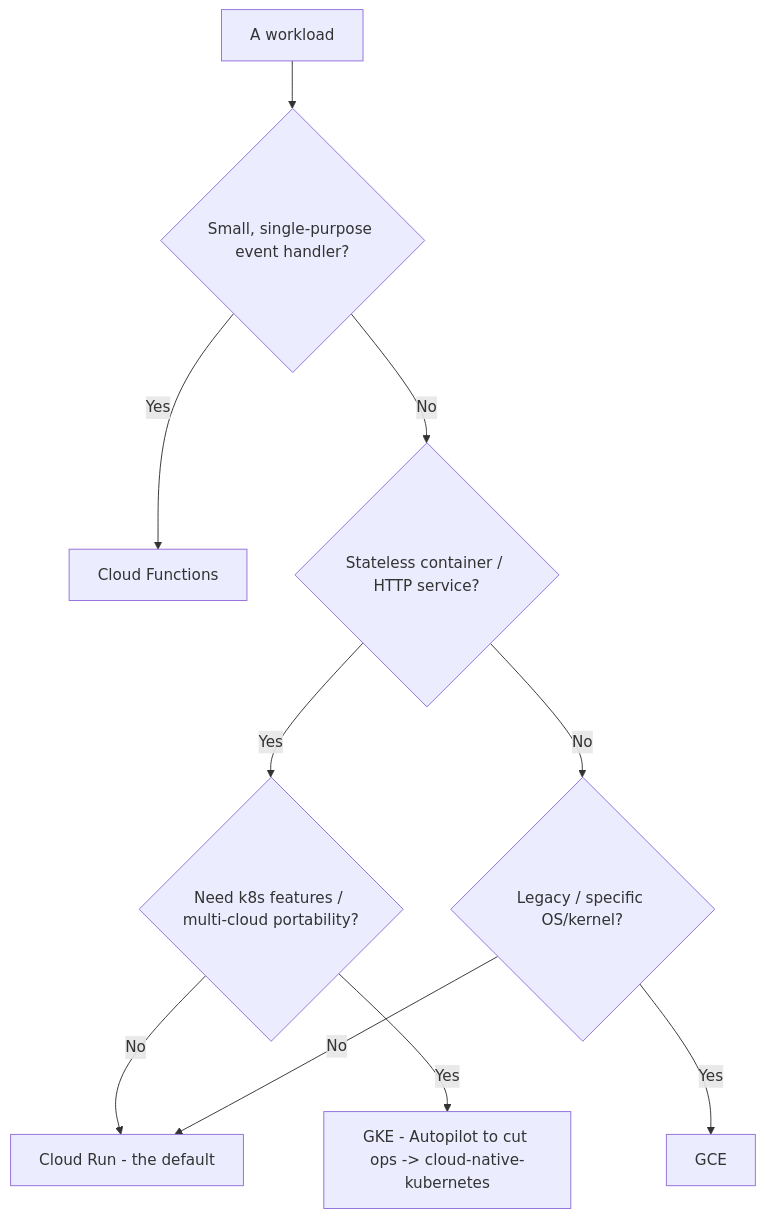
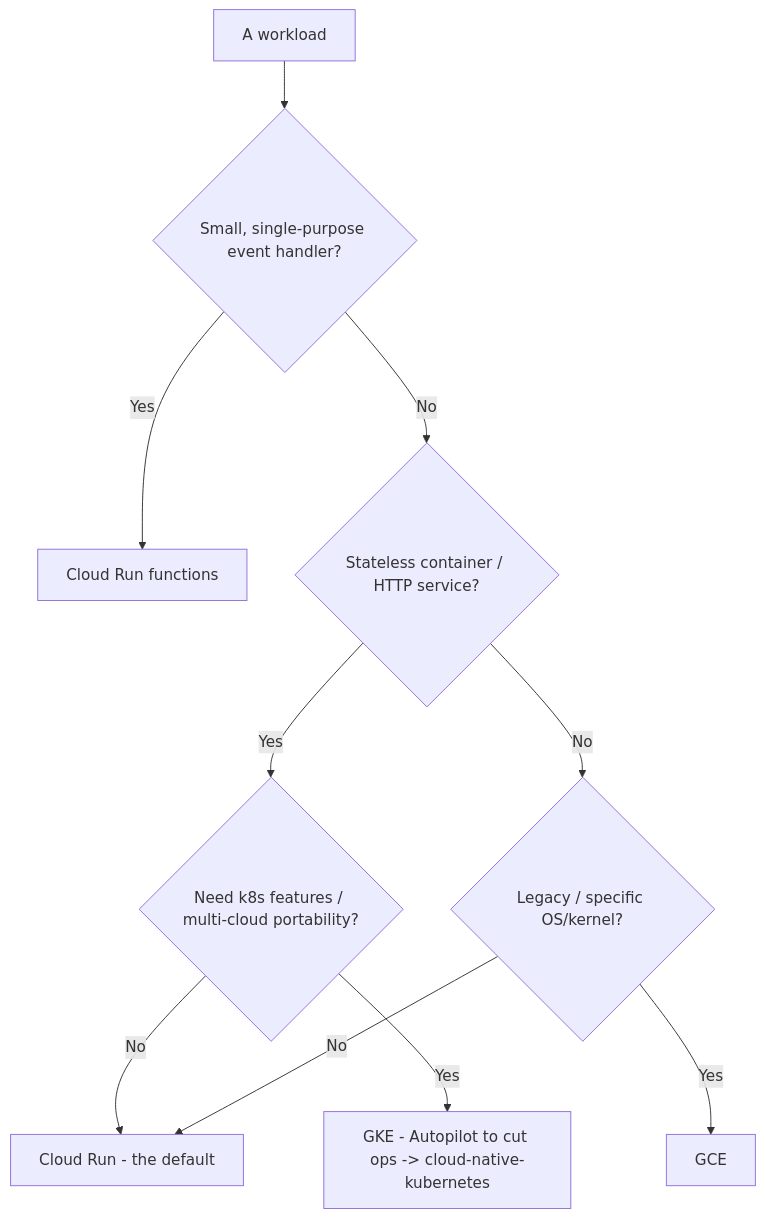
One commit to mcorbett51090/RavenClaude changed the first of 8 diagrams in plugins/gcp-cloud/knowledge/gcp-cloud-decision-trees.md. Above: the diagram before and after it, drawn with Mermaid. The commit also changed other lines of this file and 28 other files, not shown here.

First line of the commit message:
fix(cloud-providers): App Runner retirement, Cloud Run functions rename, Azure retirement-date tense fixes (#1249)

````diff
--- a/plugins/gcp-cloud/knowledge/gcp-cloud-decision-trees.md
+++ b/plugins/gcp-cloud/knowledge/gcp-cloud-decision-trees.md
@@ -11,12 +11,12 @@
 ```mermaid
 graph TD
   A[A workload] --> B{Small, single-purpose event handler?}
-  B -- Yes --> C[Cloud Functions]
+  B -- Yes --> C[Cloud Run functions]
   B -- No --> D{Stateless container / HTTP service?}
   D -- Yes --> E{Need k8s features / multi-cloud portability?}
   E -- No --> F[Cloud Run - the default]
   E -- Yes --> G[GKE - Autopilot to cut ops -> cloud-native-kubernetes]
   D -- No --> H{Legacy / specific OS/kernel?}
   H -- Yes --> I[GCE]
   H -- No --> F
 ```
````
